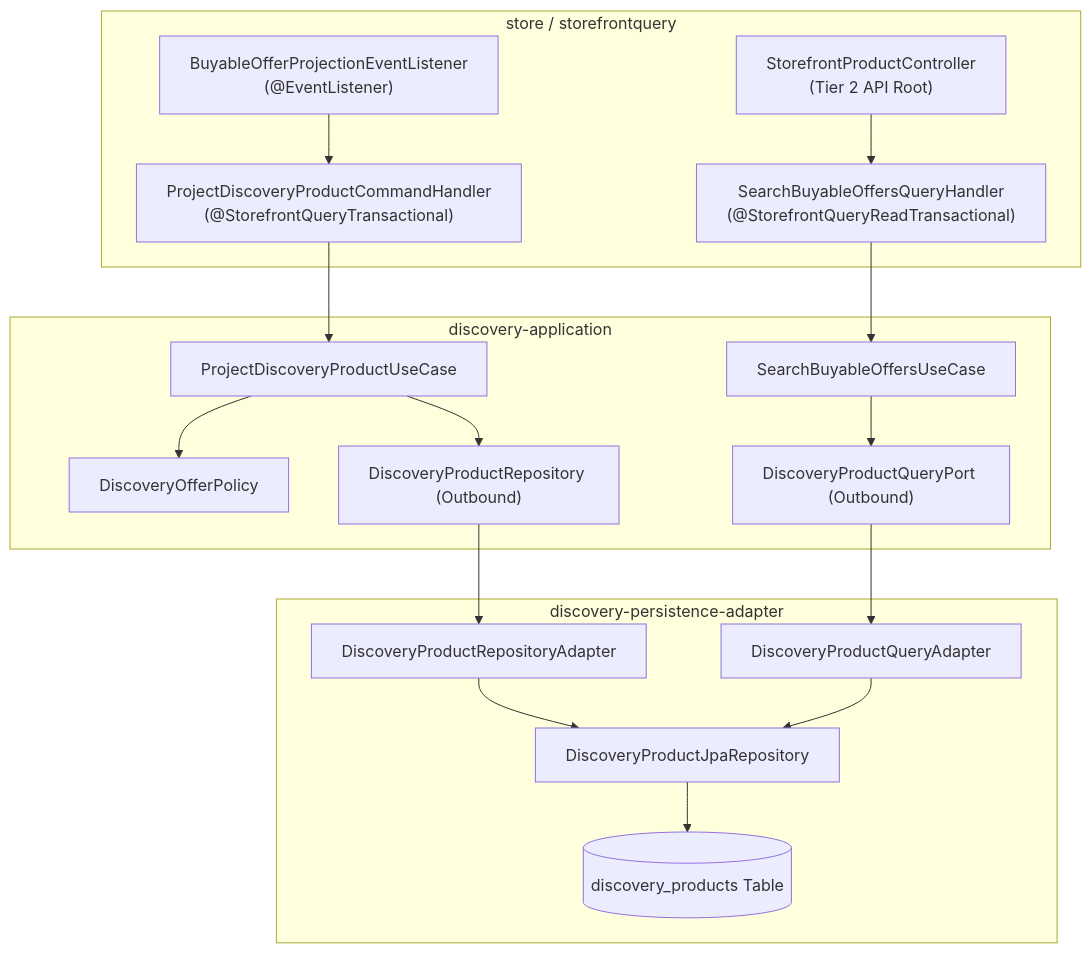
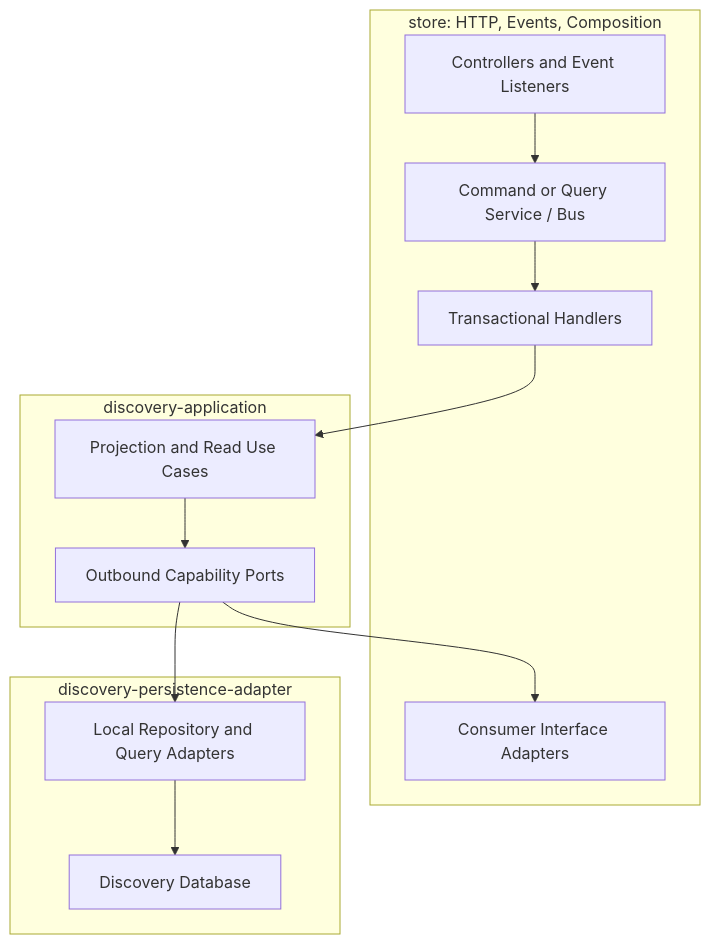
The third of 4 diagrams in docs/spec/system/storefront-query-tech-spec.md (khinemyaezin/grab), drawn with Mermaid before and after one commit. The commit also changed other lines of this file and 26 other files, not shown here.

````diff
--- a/docs/spec/system/storefront-query-tech-spec.md
+++ b/docs/spec/system/storefront-query-tech-spec.md
@@ -97,37 +67,17 @@
 ```mermaid
-flowchart TD
-    subgraph StorefrontQueryWeb ["store / storefrontquery"]
-        REST["StorefrontProductController\n(Tier 2 API Root)"]
-        EventListener["BuyableOfferProjectionEventListener\n(@EventListener)"]
-        CmdHandler["ProjectDiscoveryProductCommandHandler\n(@StorefrontQueryTransactional)"]
-        QryHandler["SearchBuyableOffersQueryHandler\n(@StorefrontQueryReadTransactional)"]
+flowchart TB
+    subgraph Store["store: HTTP, Events, Composition"]
+        Boundary["Controllers and Event Listeners"] --> Dispatch["Command or Query Service / Bus"]
+        Dispatch --> Handler["Transactional Handlers"]
+        Cross["Consumer Interface Adapters"]
     end
-
-    subgraph DiscoveryApp ["discovery-application"]
-        ProjectUC["ProjectDiscoveryProductUseCase"]
-        SearchUC["SearchBuyableOffersUseCase"]
-        Policy["DiscoveryOfferPolicy"]
-        ViewPort["DiscoveryProductQueryPort (Outbound)"]
-        RepoPort["DiscoveryProductRepository (Outbound)"]
+    subgraph Application["discovery-application"]
+        UseCase["Projection and Read Use Cases"] --> Ports["Outbound Capability Ports"]
     end
-
-    subgraph DiscoveryPersist ["discovery-persistence-adapter"]
-        RepoAdapter["DiscoveryProductRepositoryAdapter"]
-        QueryAdapter["DiscoveryProductQueryAdapter"]
-        JPA["DiscoveryProductJpaRepository"]
-        Table[("discovery_products Table")]
+    subgraph Persistence["discovery-persistence-adapter"]
+        Adapter["Local Repository and Query Adapters"] --> Database["Discovery Database"]
     end
-
-    REST --> QryHandler
-    QryHandler --> SearchUC
-    EventListener --> CmdHandler
-    CmdHandler --> ProjectUC
-    ProjectUC --> Policy
-    ProjectUC --> RepoPort
-    SearchUC --> ViewPort
-    RepoPort --> RepoAdapter
-    ViewPort --> QueryAdapter
-    RepoAdapter --> JPA
-    QueryAdapter --> JPA
-    JPA --> Table
+    Handler --> UseCase
+    Ports --> Cross
+    Ports --> Adapter
 ```
````
